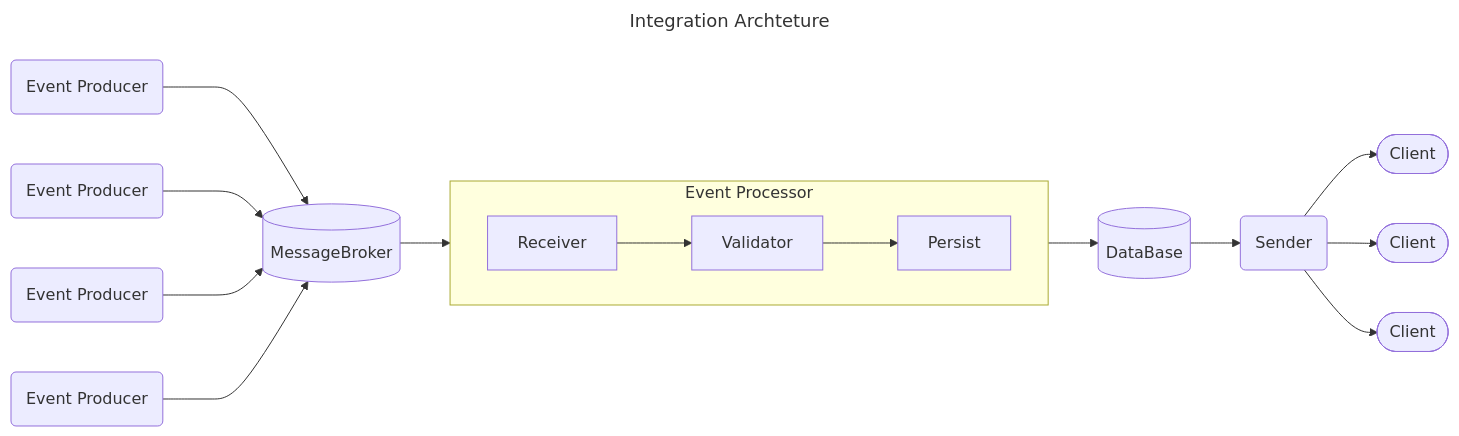
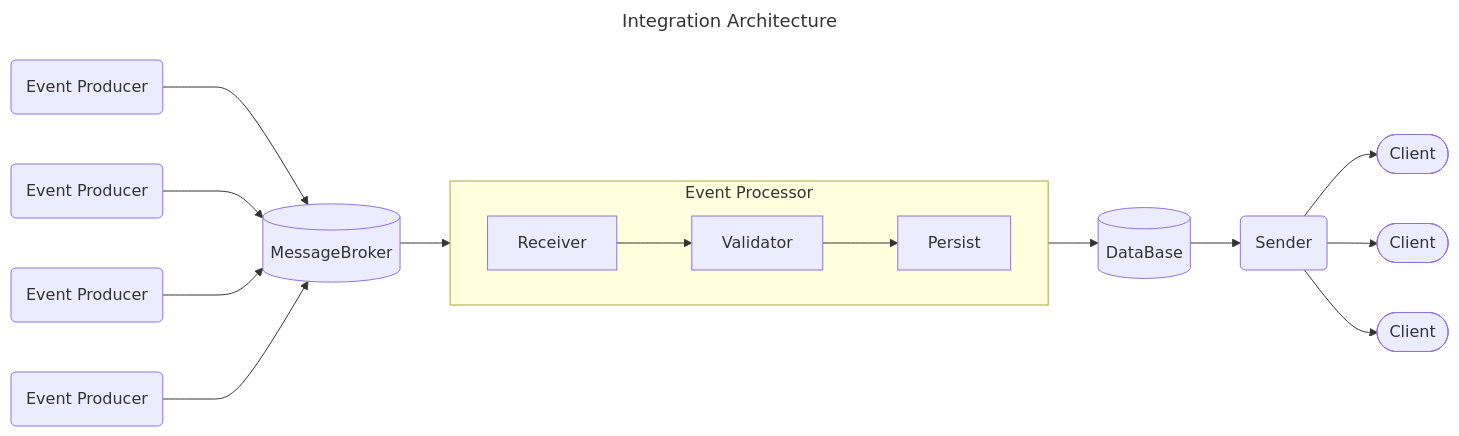
One commit to periclescesar/event-processor changed the first of 2 diagrams in README.md. Above: the diagram before and after it, drawn with Mermaid.

Commit message:
fix typo on readme

````diff
--- a/README.md
+++ b/README.md
@@ -9,27 +9,27 @@
 ```mermaid
 ---
-title: Integration Archteture
+title: Integration Architecture
 ---
 flowchart LR
     EP1(Event Producer) ---> B
     EP2(Event Producer) ---> B
     EP3(Event Producer) ---> B
     EP4(Event Producer) ---> B
     B[(MessageBroker)]   --> R
 
     subgraph EPs[Event Processor]
         direction LR
         R[Receiver] --> V
         V[Validator] --> P
         P[Persist]
     end
 
     P --> DB
     DB[(DataBase)] --> S
     S(Sender) --> C1
     S(Sender) --> C2
     S(Sender) --> C3
     C1([Client])
     C2([Client])
     C3([Client])
 ```
````
